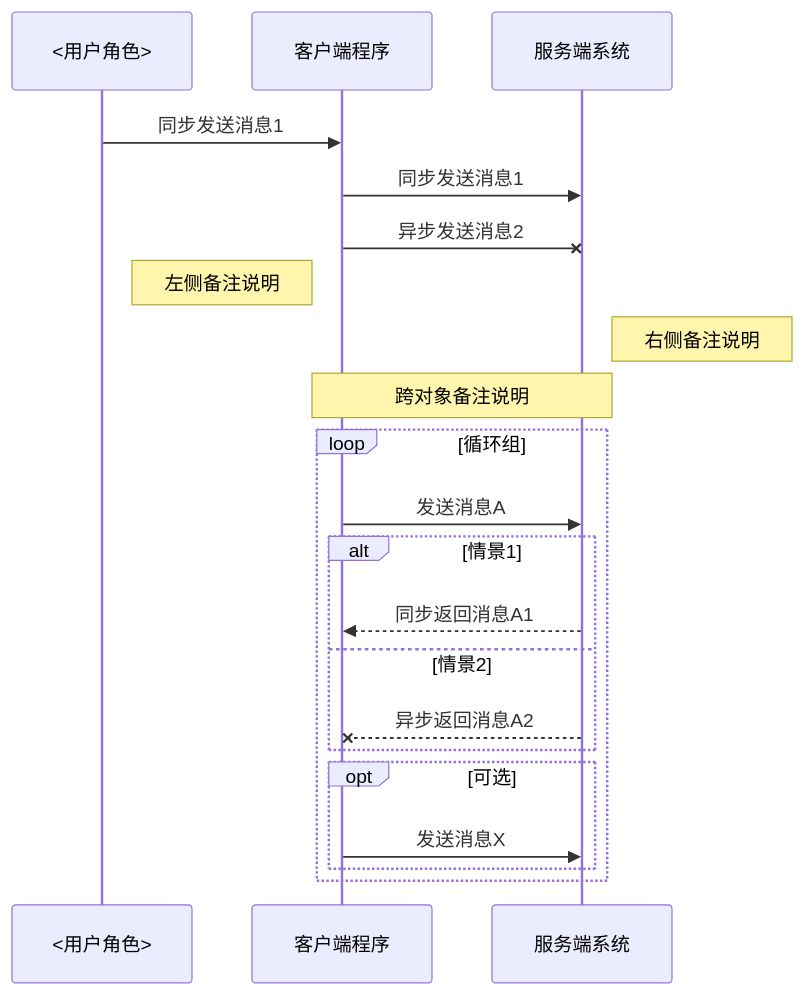
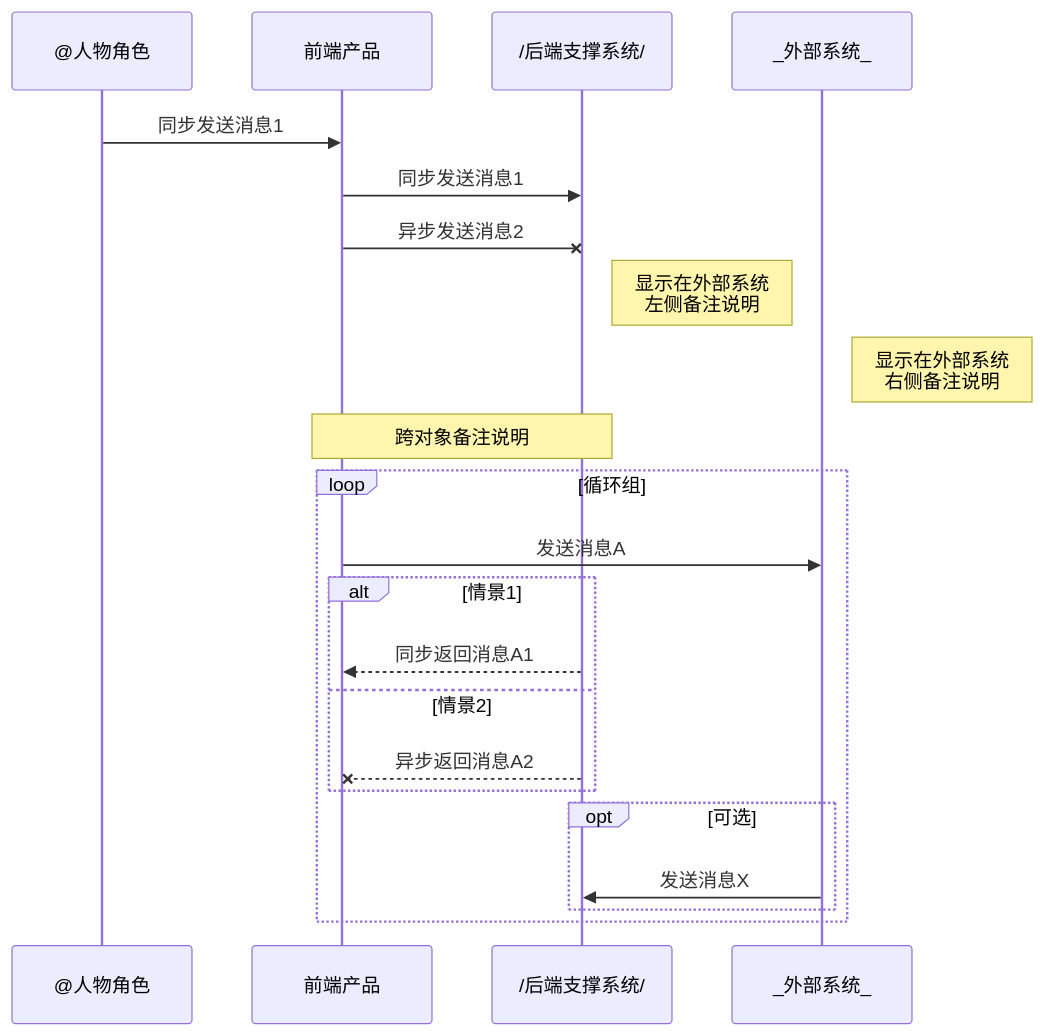
The third of 6 diagrams in src/md/Markdown风格画图脚本Demo.md (MadMaxChow/VLOOK), drawn with Mermaid before and after one commit. The commit also changed other lines of this file and 10 other files, not shown here.

````diff
--- a/src/md/Markdown风格画图脚本Demo.md
+++ b/src/md/Markdown风格画图脚本Demo.md
@@ -134,24 +134,25 @@
 ```mermaid
 sequenceDiagram
-participant user as <用户角色>
-participant client as 客户端程序
-participant server as 服务端系统
+participant User as @人物角色
+participant Client as 前端产品
+participant Server as /后端支撑系统/
+participant Extend as _外部系统_
 
-user ->> client: 同步发送消息1
-client ->> server: 同步发送消息1
-client -X server: 异步发送消息2
-Note left of client: 左侧备注说明
-Note right of server: 右侧备注说明
-Note over client,server: 跨对象备注说明
+User ->> Client: 同步发送消息1
+Client ->> Server: 同步发送消息1
+Client -X Server: 异步发送消息2
+Note left of Extend: 显示在外部系统<br>左侧备注说明
+Note right of Extend: 显示在外部系统<br>右侧备注说明
+Note over Client,Server: 跨对象备注说明
 loop 循环组
-	client ->> server: 发送消息A
+	Client ->> Extend: 发送消息A
 	alt 情景1
-		server -->> client: 同步返回消息A1
+		Server -->> Client: 同步返回消息A1
 	else 情景2
-		server --X client: 异步返回消息A2
+		Server --X Client: 异步返回消息A2
 	end
 	opt 可选
-		client ->> server: 发送消息X
+		Extend ->> Server: 发送消息X
 	end
 end
 ```
````
